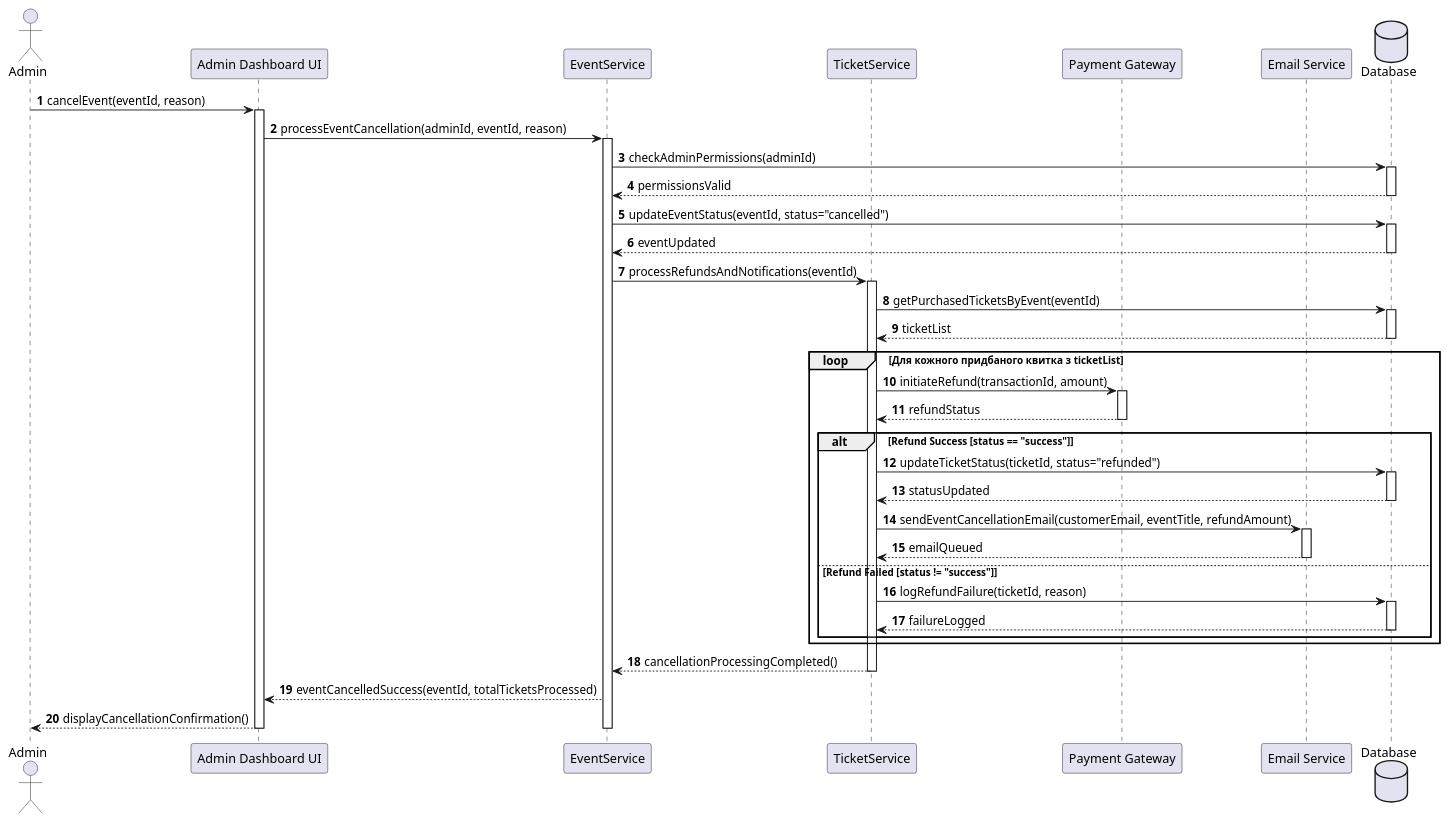
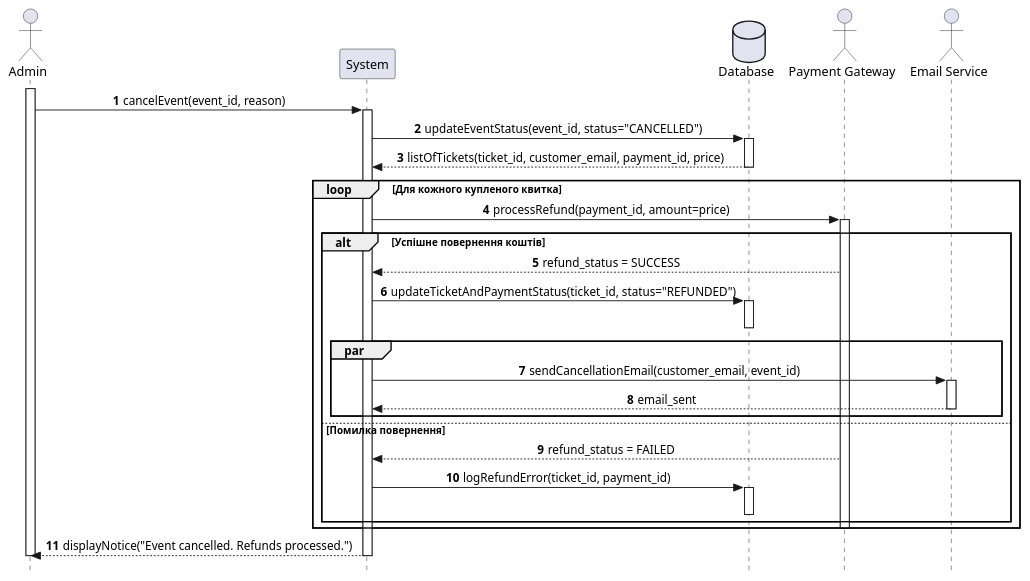
One commit to anastasiiaaz/2-course-mavpz changed the diagram in lab3/scenario2.puml. Above: the diagram before and after it, drawn with PlantUML. The commit also changed 3 other files, not shown here.

Commit message:
docs: add 3 sequence diagram and spec

```diff
--- a/lab3/scenario2.puml
+++ b/lab3/scenario2.puml
@@ -1,69 +1,53 @@
-@startuml
+@startuml cancel_event
 autonumber
-actor "Admin" as Admin
-participant "Admin Dashboard UI" as UI
-participant "EventService" as EventService
-participant "TicketService" as TicketService
-participant "Payment Gateway" as Payment
-participant "Email Service" as Email
+skinparam Style strictuml
+skinparam SequenceMessageAlignment center
+
+actor "Admin" as A
+participant "System" as App
 database "Database" as DB
+actor "Payment Gateway" as PG
+actor "Email Service" as ES
 
-Admin -> UI: cancelEvent(eventId, reason)
-activate UI
+activate A
+A -> App : cancelEvent(event_id, reason)
+activate App
 
-UI -> EventService: processEventCancellation(adminId, eventId, reason)
-activate EventService
-
-EventService -> DB: checkAdminPermissions(adminId)
+App -> DB : updateEventStatus(event_id, status="CANCELLED")
 activate DB
-DB --> EventService: permissionsValid
+DB --> App : listOfTickets(ticket_id, customer_email, payment_id, price)
 deactivate DB
 
-EventService -> DB: updateEventStatus(eventId, status="cancelled")
-activate DB
-DB --> EventService: eventUpdated
-deactivate DB
+loop Для кожного купленого квитка
+    App -> PG : processRefund(payment_id, amount=price)
+    activate PG
+    
+    alt Успішне повернення коштів
+        PG --> App : refund_status = SUCCESS
+        
+        App -> DB : updateTicketAndPaymentStatus(ticket_id, status="REFUNDED")
+        activate DB
+        deactivate DB
+        
+        par
+            App -> ES : sendCancellationEmail(customer_email, event_id)
+            activate ES
+            ES --> App : email_sent
+            deactivate ES
+        end
 
-EventService -> TicketService: processRefundsAndNotifications(eventId)
-activate TicketService
-
-TicketService -> DB: getPurchasedTicketsByEvent(eventId)
-activate DB
-DB --> TicketService: ticketList
-deactivate DB
-
-loop Для кожного придбаного квитка з ticketList
-    TicketService -> Payment: initiateRefund(transactionId, amount)
-    activate Payment
-    Payment --> TicketService: refundStatus
-    deactivate Payment
-
-    alt Refund Success [status == "success"]
-        TicketService -> DB: updateTicketStatus(ticketId, status="refunded")
+    else Помилка повернення
+        PG --> App : refund_status = FAILED
+        App -> DB : logRefundError(ticket_id, payment_id)
         activate DB
-        DB --> TicketService: statusUpdated
-        deactivate DB
-
-        TicketService -> Email: sendEventCancellationEmail(customerEmail, eventTitle, refundAmount)
-        activate Email
-        Email --> TicketService: emailQueued
-        deactivate Email
-
-    else Refund Failed [status != "success"]
-        TicketService -> DB: logRefundFailure(ticketId, reason)
-        activate DB
-        DB --> TicketService: failureLogged
         deactivate DB
     end
+    
+    deactivate PG
 end
 
-TicketService --> EventService: cancellationProcessingCompleted()
-deactivate TicketService
+App --> A : displayNotice("Event cancelled. Refunds processed.")
 
-EventService --> UI: eventCancelledSuccess(eventId, totalTicketsProcessed)
-UI --> Admin: displayCancellationConfirmation()
-
-deactivate EventService
-deactivate UI
-
+deactivate App
+deactivate A
 @enduml
```
